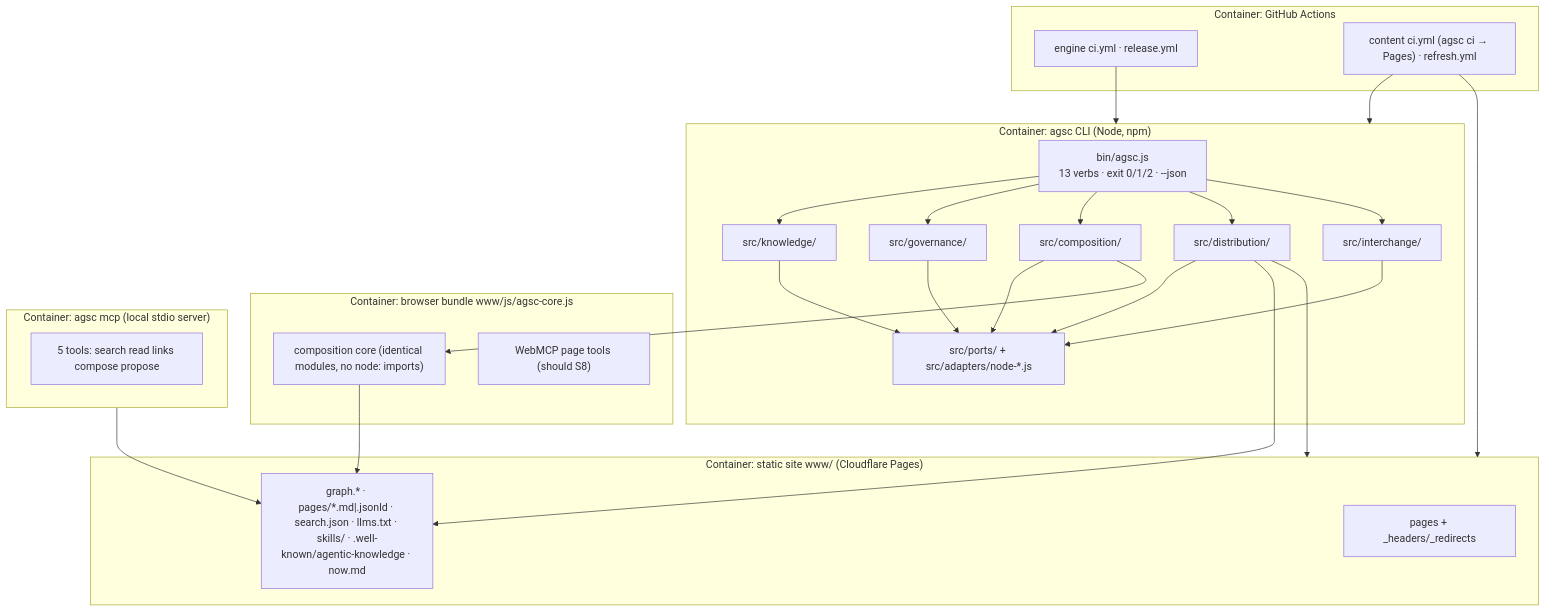
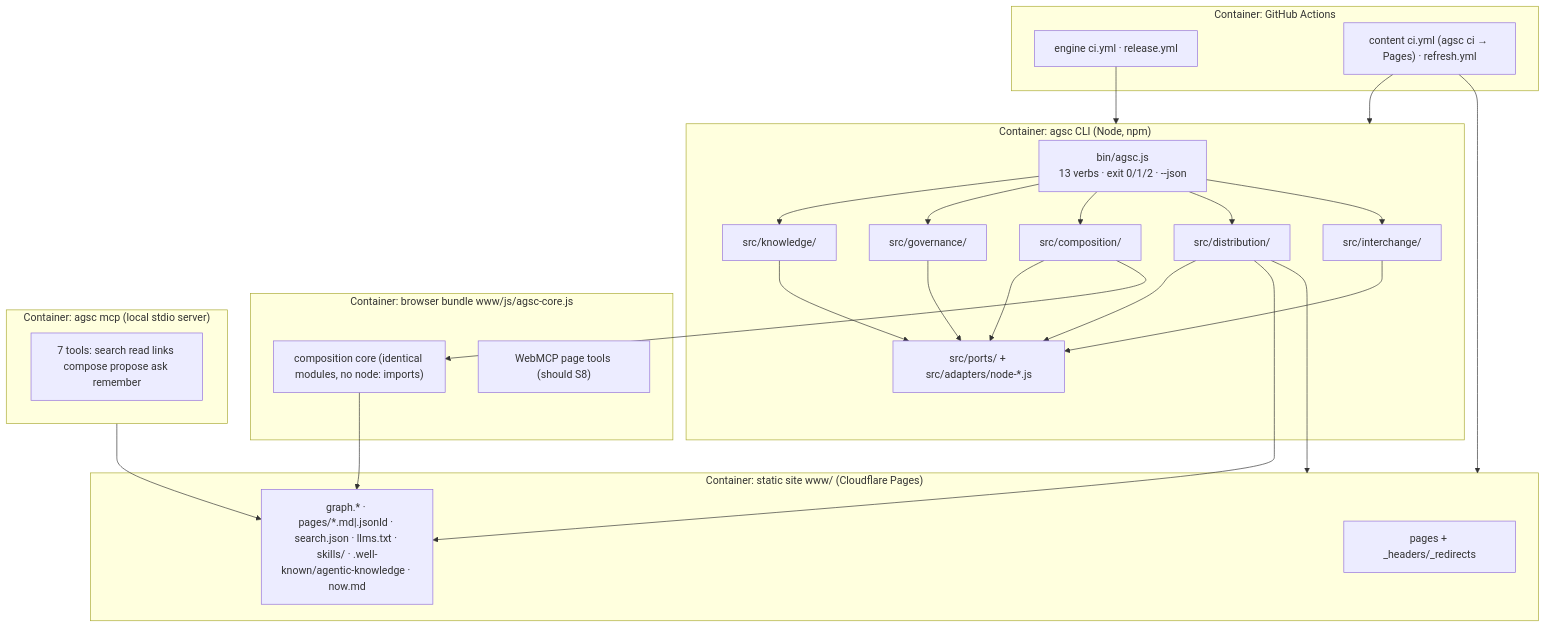
The second of 2 diagrams in docs/PLAN.md (andreibesleaga/agentic-system-core), drawn with Mermaid before and after one commit. The commit also changed other lines of this file and 31 other files, not shown here.

````diff
--- a/docs/PLAN.md
+++ b/docs/PLAN.md
@@ -121,37 +121,37 @@
 ```mermaid
 graph TB
   subgraph CLI["Container: agsc CLI (Node, npm)"]
     BIN["bin/agsc.js<br/>13 verbs · exit 0/1/2 · --json"]
     K["src/knowledge/"]
     G["src/governance/"]
     C["src/composition/"]
     D["src/distribution/"]
     I["src/interchange/"]
     P["src/ports/ + src/adapters/node-*.js"]
   end
   subgraph BR["Container: browser bundle www/js/agsc-core.js"]
     CB["composition core (identical modules, no node: imports)"]
     WM["WebMCP page tools (should S8)"]
   end
   subgraph MCP["Container: agsc mcp (local stdio server)"]
-    T["5 tools: search read links compose propose"]
+    T["7 tools: search read links compose propose ask remember"]
   end
   subgraph CI["Container: GitHub Actions"]
     CIY["engine ci.yml · release.yml"]
     CTY["content ci.yml (agsc ci → Pages) · refresh.yml"]
   end
   subgraph ST["Container: static site www/ (Cloudflare Pages)"]
     HTML["pages + _headers/_redirects"]
     MACH["graph.* · pages/*.md|.jsonld · search.json · llms.txt · skills/ · .well-known/agentic-knowledge · now.md"]
   end
   BIN --> K & G & C & D & I
   K & G & C & D & I --> P
   D --> ST
   C --> CB
   D --> MACH
   MCP --> MACH
   CB --> MACH
   CIY --> CLI
   CTY --> CLI
   CTY --> ST
 ```
````
